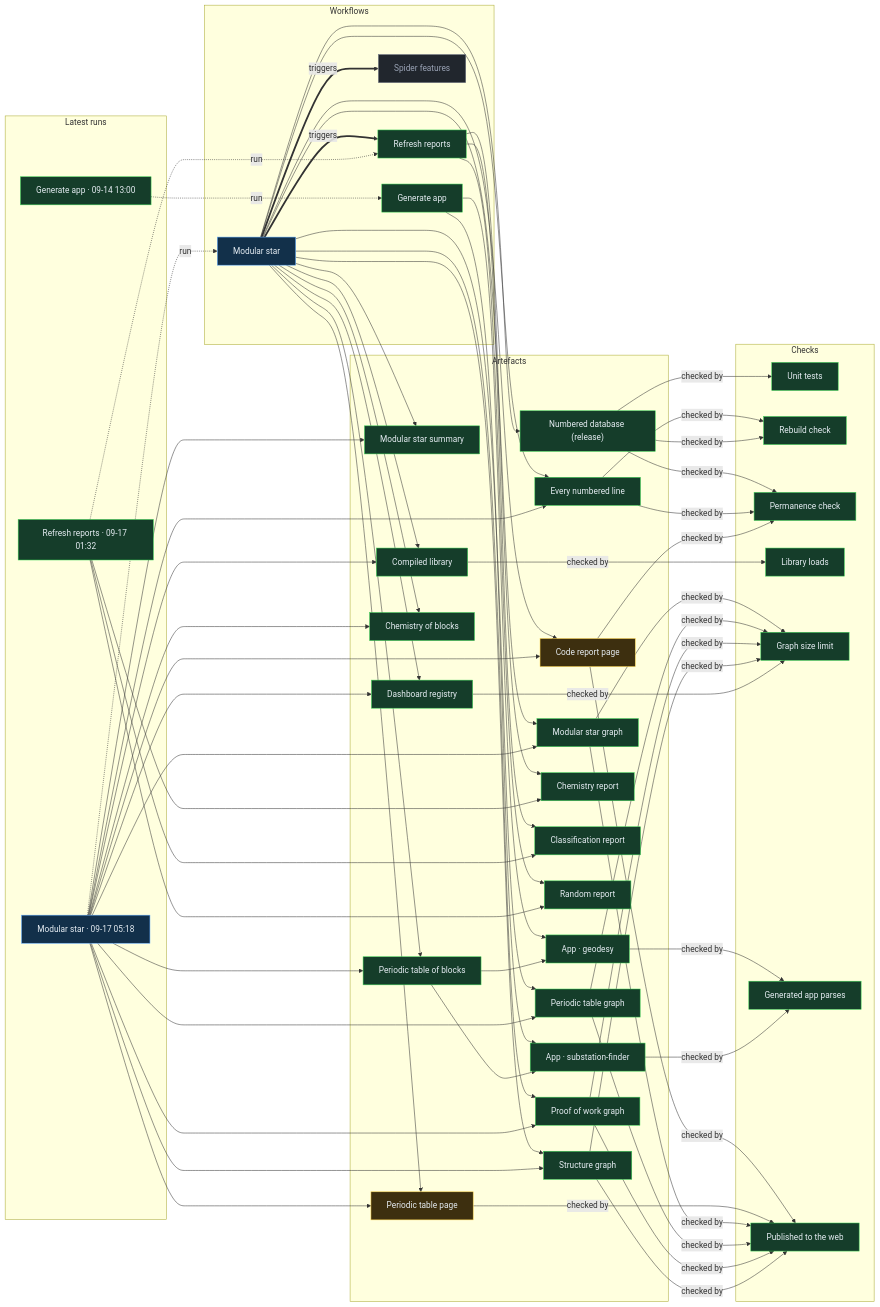
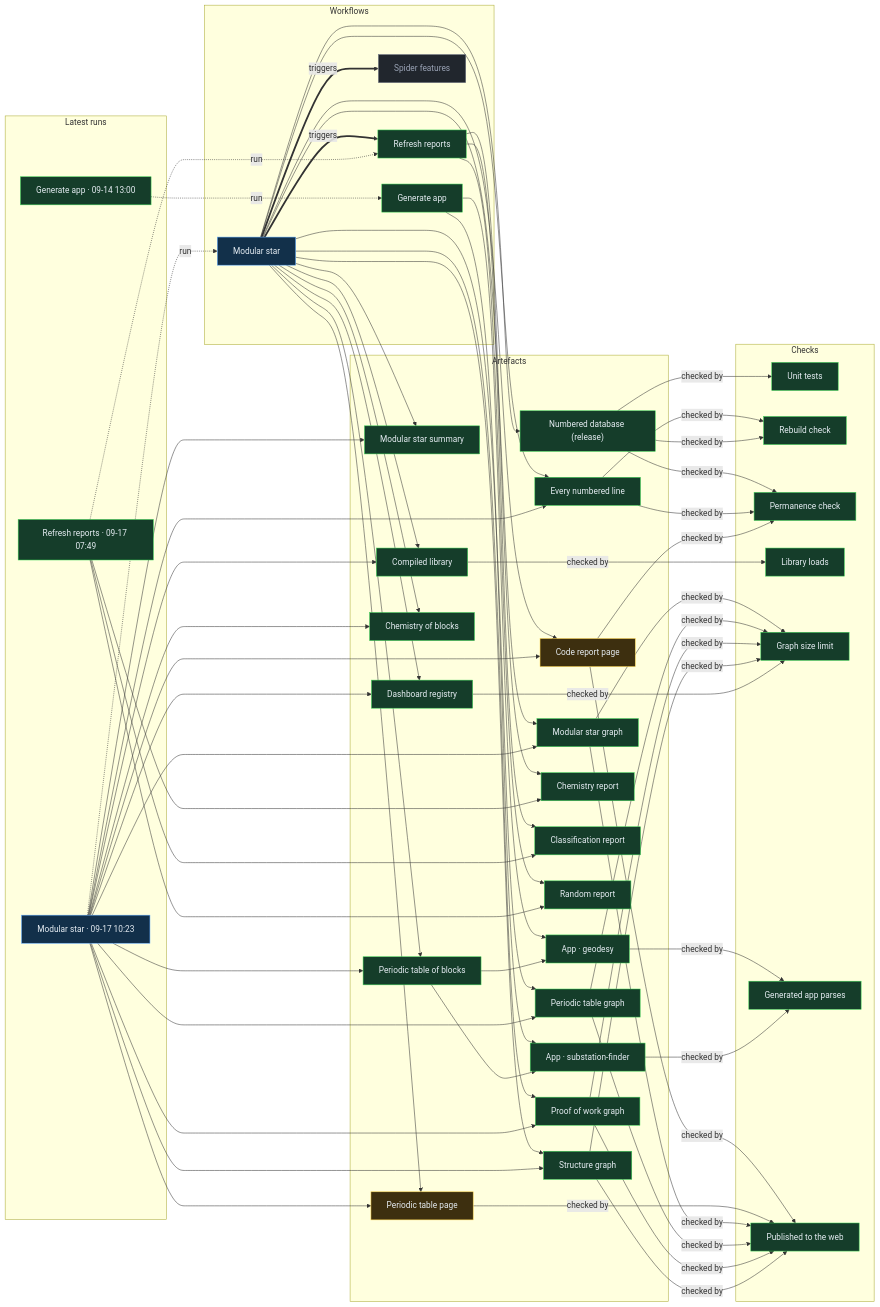
Before and after one commit to Ventusltd/stars: the diagram in proof/PROOF.md, drawn with Mermaid. The commit also changed other lines of this file and 33 other files, not shown here.

Commit message:
Modular star 2026-09-17T10:25Z

```diff
--- a/proof/PROOF.md
+++ b/proof/PROOF.md
@@ -24,8 +24,8 @@
   n_wf_spider_features["Spider features"]:::off
   end
   subgraph g_runs["Latest runs"]
-  n_run_35185210020["Modular star · 09-17 05:18"]:::live
-  n_run_35170964873["Refresh reports · 09-17 01:32"]:::ok
+  n_run_35210228365["Modular star · 09-17 10:23"]:::live
+  n_run_35196510033["Refresh reports · 09-17 07:49"]:::ok
   n_run_34846587798["Generate app · 09-14 13:00"]:::ok
   end
   subgraph g_artefacts["Artefacts"]
@@ -59,39 +59,39 @@
   end
   n_wf_modular_star == triggers ==> n_wf_refresh
   n_wf_modular_star == triggers ==> n_wf_spider_features
-  n_run_35185210020 -. run .-> n_wf_modular_star
-  n_run_35170964873 -. run .-> n_wf_refresh
+  n_run_35210228365 -. run .-> n_wf_modular_star
+  n_run_35196510033 -. run .-> n_wf_refresh
   n_run_34846587798 -. run .-> n_wf_generate
   n_wf_modular_star --> n_art_summary
-  n_run_35185210020 --> n_art_summary
+  n_run_35210228365 --> n_art_summary
   n_wf_modular_star --> n_art_lines
-  n_run_35185210020 --> n_art_lines
+  n_run_35210228365 --> n_art_lines
   n_wf_modular_star --> n_art_code
-  n_run_35185210020 --> n_art_code
+  n_run_35210228365 --> n_art_code
   n_wf_modular_star --> n_art_modular_graph
-  n_run_35185210020 --> n_art_modular_graph
+  n_run_35210228365 --> n_art_modular_graph
   n_wf_modular_star --> n_art_blocks
-  n_run_35185210020 --> n_art_blocks
+  n_run_35210228365 --> n_art_blocks
   n_wf_modular_star --> n_art_table
-  n_run_35185210020 --> n_art_table
+  n_run_35210228365 --> n_art_table
   n_wf_modular_star --> n_art_blocks_graph
-  n_run_35185210020 --> n_art_blocks_graph
+  n_run_35210228365 --> n_art_blocks_graph
   n_wf_modular_star --> n_art_reactions
-  n_run_35185210020 --> n_art_reactions
+  n_run_35210228365 --> n_art_reactions
   n_wf_modular_star --> n_art_library
-  n_run_35185210020 --> n_art_library
+  n_run_35210228365 --> n_art_library
   n_wf_modular_star --> n_art_features
-  n_run_35185210020 --> n_art_features
+  n_run_35210228365 --> n_art_features
   n_wf_modular_star --> n_art_proof
-  n_run_35185210020 --> n_art_proof
+  n_run_35210228365 --> n_art_proof
   n_wf_modular_star --> n_art_structure
-  n_run_35185210020 --> n_art_structure
+  n_run_35210228365 --> n_art_structure
   n_wf_refresh --> n_art_chemistry
-  n_run_35170964873 --> n_art_chemistry
+  n_run_35196510033 --> n_art_chemistry
   n_wf_refresh --> n_art_vedic
-  n_run_35170964873 --> n_art_vedic
+  n_run_35196510033 --> n_art_vedic
   n_wf_refresh --> n_art_random
-  n_run_35170964873 --> n_art_random
+  n_run_35196510033 --> n_art_random
   n_wf_modular_star --> n_art_release
   n_wf_generate --> n_app_geodesy
   n_art_blocks --> n_app_geodesy
```
